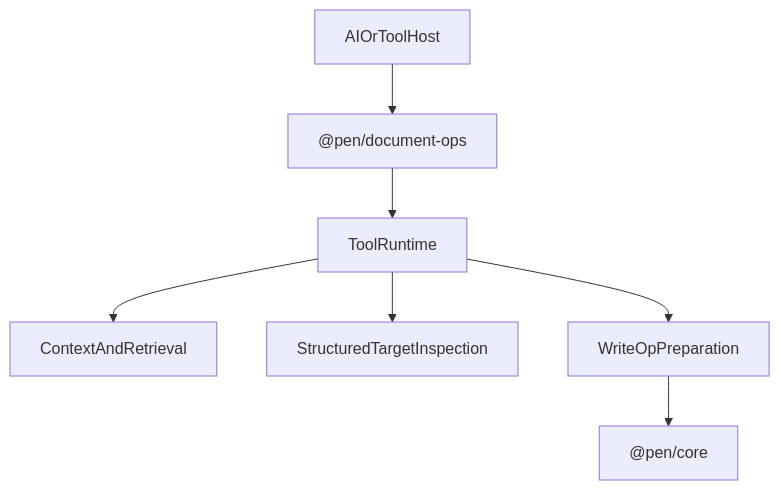
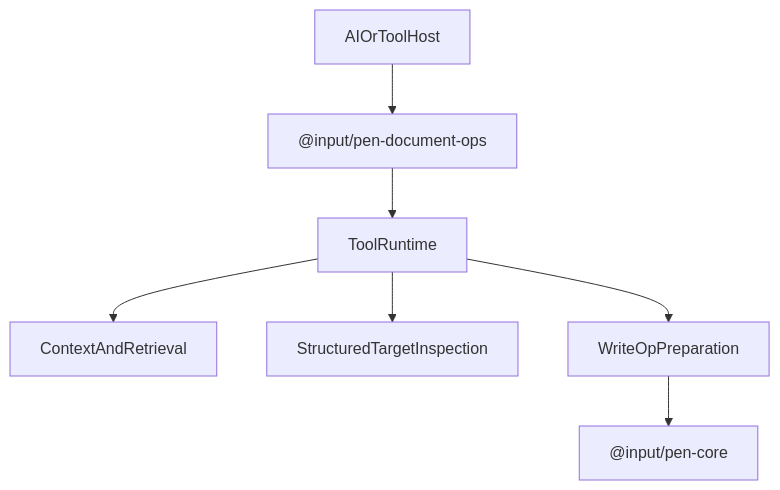
The diagram in spec/packages/extensions/document-ops.md (JayaKrishnaNamburu/pen), drawn with Mermaid before and after one commit. The commit also changed other lines of this file and 989 other files, not shown here.

First line of the commit message:
Update package names and configurations to reflect rebranding from '@pen' to '@input'

````diff
--- a/spec/packages/extensions/document-ops.md
+++ b/spec/packages/extensions/document-ops.md
@@ -32,17 +32,17 @@
 ```mermaid
 flowchart TD
   Host[AIOrToolHost]
-  DocOps["@pen/document-ops"]
+  DocOps["@input/pen-document-ops"]
   Runtime[ToolRuntime]
   Context[ContextAndRetrieval]
   Targets[StructuredTargetInspection]
   Write[WriteOpPreparation]
-  Core["@pen/core"]
+  Core["@input/pen-core"]
 
   Host --> DocOps
   DocOps --> Runtime
   Runtime --> Context
   Runtime --> Targets
   Runtime --> Write
   Write --> Core
 ```
````
